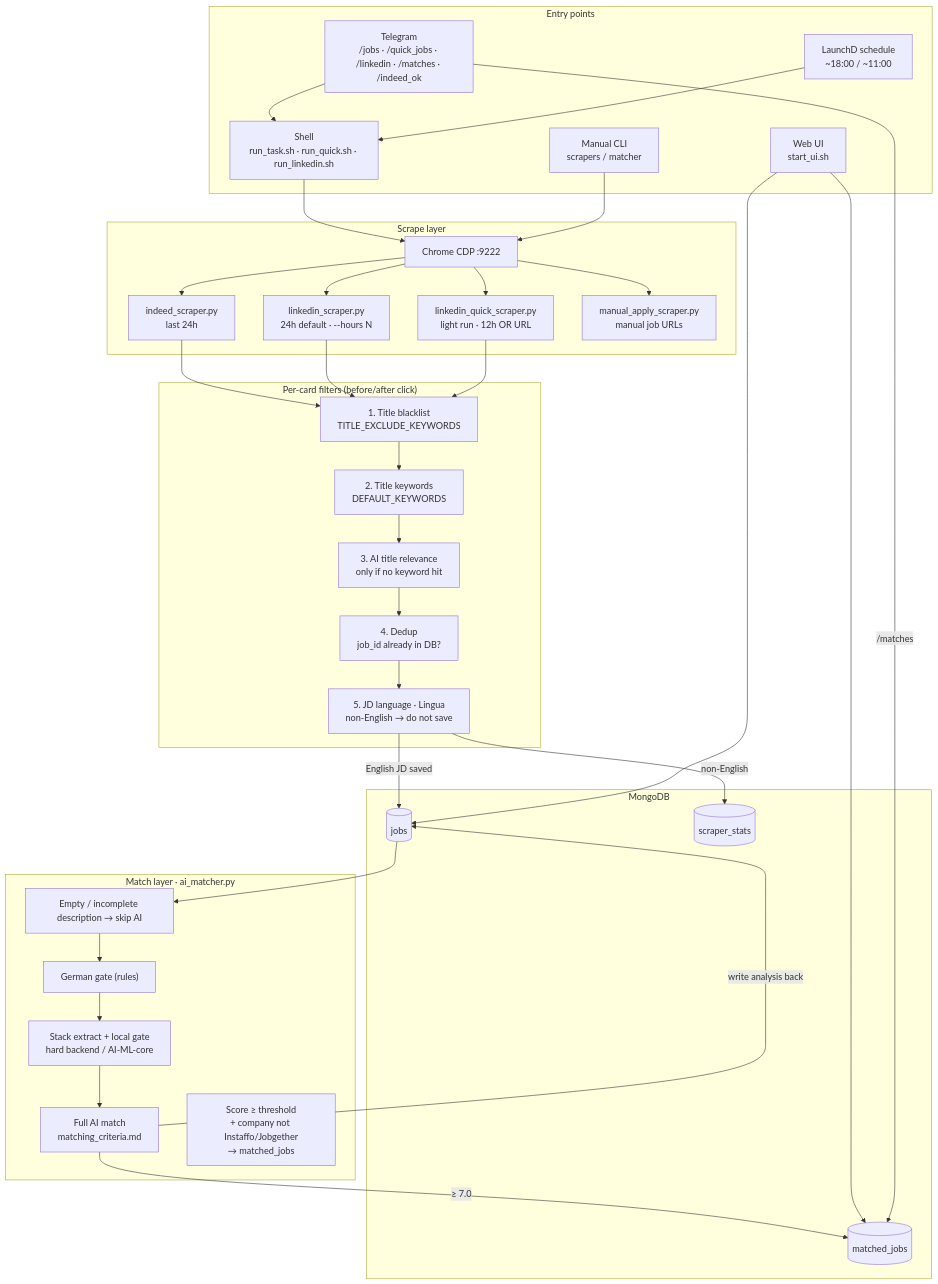
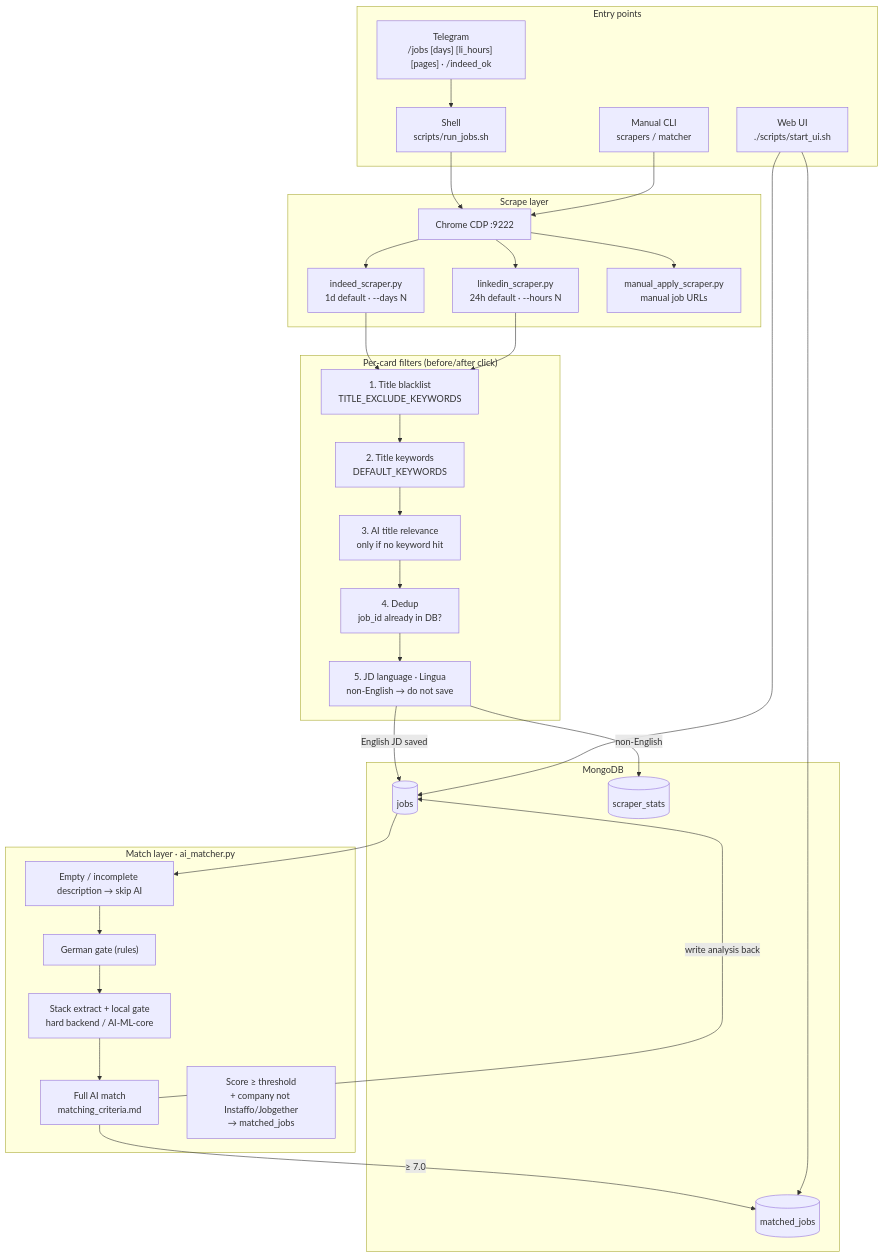
One commit to JialiNong/job_scraper changed the first of 4 diagrams in docs/architecture.md. Above: the diagram before and after it, drawn with Mermaid. The commit also changed other lines of this file and 39 other files, not shown here.

First line of the commit message:
refactor: single /jobs command, drop schedules and DB cleanup, tidy scripts/docs

````diff
--- a/docs/architecture.md
+++ b/docs/architecture.md
@@ -11,57 +11,53 @@
 ```mermaid
 flowchart TB
     subgraph Triggers["Entry points"]
-        T1["Telegram<br/>/jobs · /quick_jobs · /linkedin · /matches · /indeed_ok"]
-        T2["Shell<br/>run_task.sh · run_quick.sh · run_linkedin.sh"]
-        T3["LaunchD schedule<br/>~18:00 / ~11:00"]
-        T4["Web UI<br/>start_ui.sh"]
+        T1["Telegram<br/>/jobs [days] [li_hours] [pages] · /indeed_ok"]
+        T2["Shell<br/>scripts/run_jobs.sh"]
+        T4["Web UI<br/>./scripts/start_ui.sh"]
         T5["Manual CLI<br/>scrapers / matcher"]
     end
 
     subgraph Scrape["Scrape layer"]
         Chrome["Chrome CDP :9222"]
-        Indeed["indeed_scraper.py<br/>last 24h"]
+        Indeed["indeed_scraper.py<br/>1d default · --days N"]
         LI["linkedin_scraper.py<br/>24h default · --hours N"]
-        LIQ["linkedin_quick_scraper.py<br/>light run · 12h OR URL"]
         Manual["manual_apply_scraper.py<br/>manual job URLs"]
     end
 
     subgraph Filters["Per-card filters (before/after click)"]
         F1["1. Title blacklist<br/>TITLE_EXCLUDE_KEYWORDS"]
         F2["2. Title keywords<br/>DEFAULT_KEYWORDS"]
         F3["3. AI title relevance<br/>only if no keyword hit"]
         F4["4. Dedup<br/>job_id already in DB?"]
         F5["5. JD language · Lingua<br/>non-English → do not save"]
     end
 
     subgraph Store["MongoDB"]
         Jobs[("jobs")]
         Matched[("matched_jobs")]
         Stats[("scraper_stats")]
     end
 
     subgraph Match["Match layer · ai_matcher.py"]
         M0["Empty / incomplete description → skip AI"]
         M1["German gate (rules)"]
         M1b["Stack extract + local gate<br/>hard backend / AI-ML-core"]
         M2["Full AI match<br/>matching_criteria.md"]
         M3["Score ≥ threshold<br/>+ company not Instaffo/Jobgether<br/>→ matched_jobs"]
     end
 
     T1 --> T2
-    T3 --> T2
     T2 --> Chrome
     T5 --> Chrome
-    Chrome --> Indeed & LI & LIQ & Manual
+    Chrome --> Indeed & LI & Manual
 
-    Indeed & LI & LIQ --> F1 --> F2 --> F3 --> F4 --> F5
+    Indeed & LI --> F1 --> F2 --> F3 --> F4 --> F5
     F5 -->|English JD saved| Jobs
     F5 -->|non-English| Stats
 
     Jobs --> M0 --> M1 --> M1b --> M2
     M2 -->|≥ 7.0| Matched
     M2 -->|write analysis back| Jobs
 
     T4 --> Matched & Jobs
-    T1 -->|/matches| Matched
 ```
````
